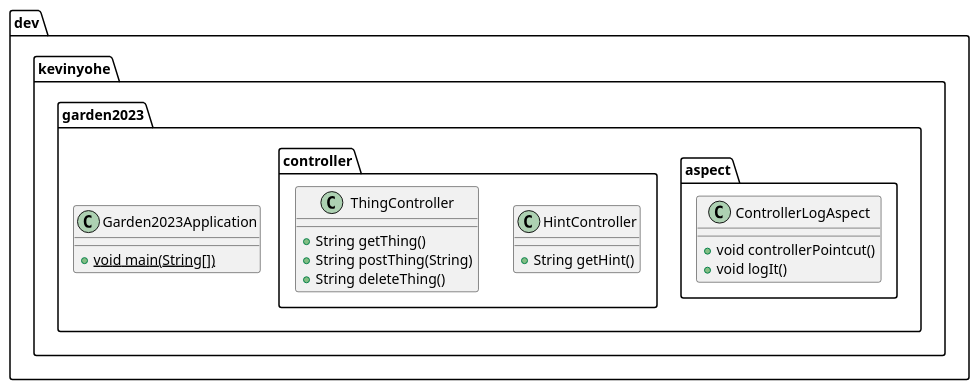
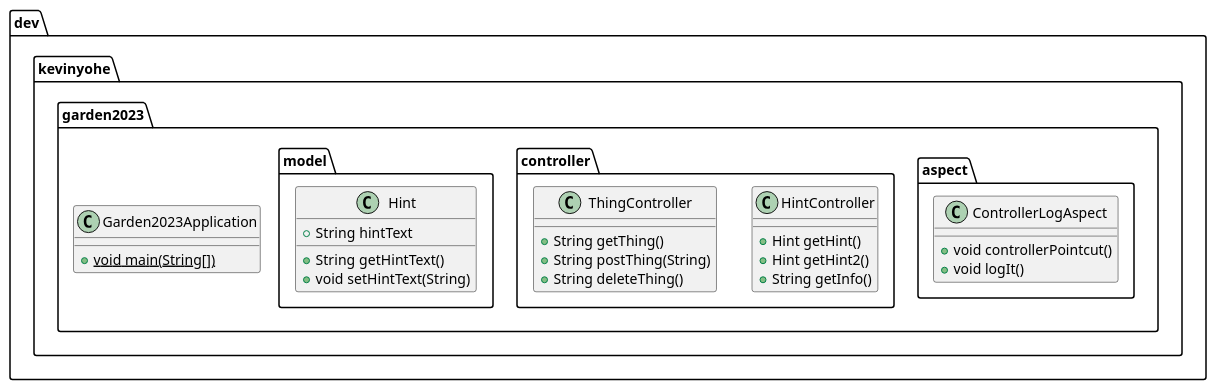
One commit to kevinyohe/garden2023 changed the diagram in src/doc/xyz.puml. Above: the diagram before and after it, drawn with PlantUML.

```diff
--- a/src/doc/xyz.puml
+++ b/src/doc/xyz.puml
@@ -1,23 +1,33 @@
 @startuml
 package "dev.kevinyohe.garden2023" {
   class "Garden2023Application" as dev.kevinyohe.garden2023.Garden2023Application {
     + {static}void main(String[])
   }
   package "aspect" {
     class "ControllerLogAspect" as dev.kevinyohe.garden2023.aspect.ControllerLogAspect {
       +void controllerPointcut()
       +void logIt()
     }
   }
   package "controller" {
     class "HintController" as dev.kevinyohe.garden2023.controller.HintController {
-      +String getHint()
+      +Hint getHint()
+      +Hint getHint2()
+      +String getInfo()
     }
     class "ThingController" as dev.kevinyohe.garden2023.controller.ThingController {
       +String getThing()
       +String postThing(String)
       +String deleteThing()
     }
   }
+  package "model" {
+    class "Hint" as dev.kevinyohe.garden2023.model.Hint {
+      +String hintText
+      __
+      +String getHintText()
+      +void setHintText(String)
+    }
+  }
 }
 @enduml
```
